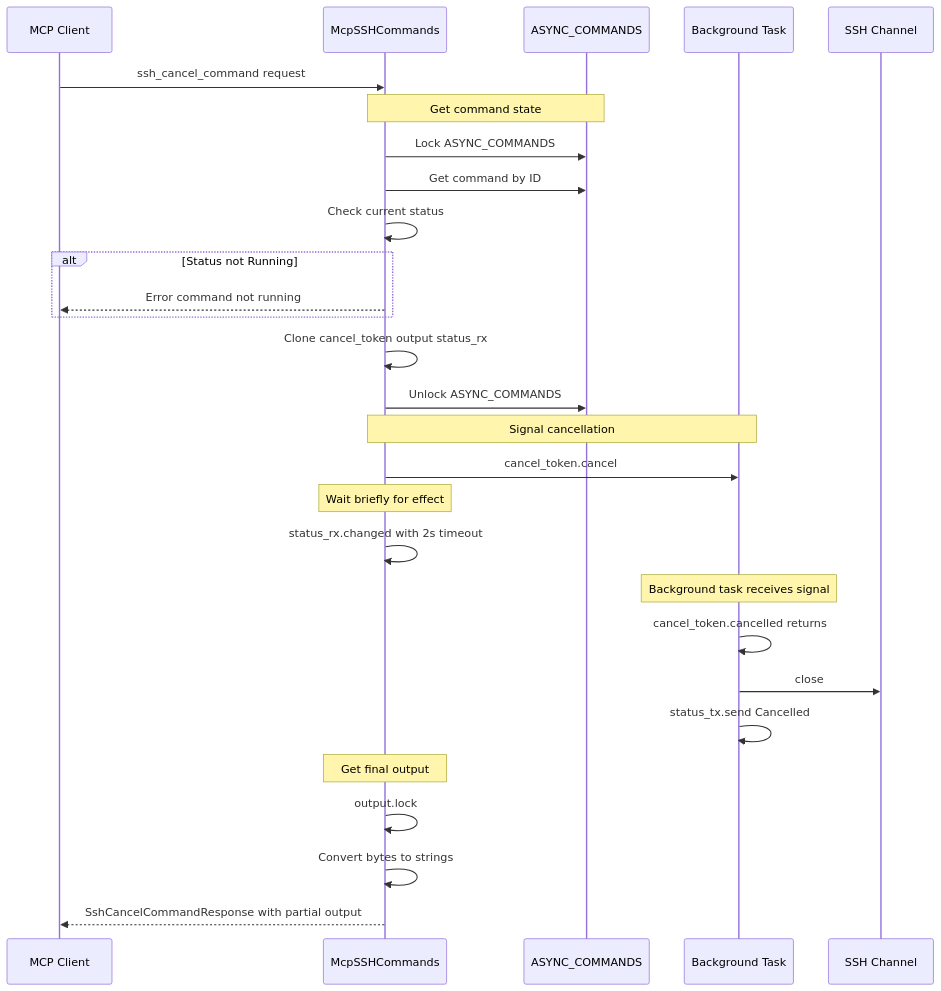
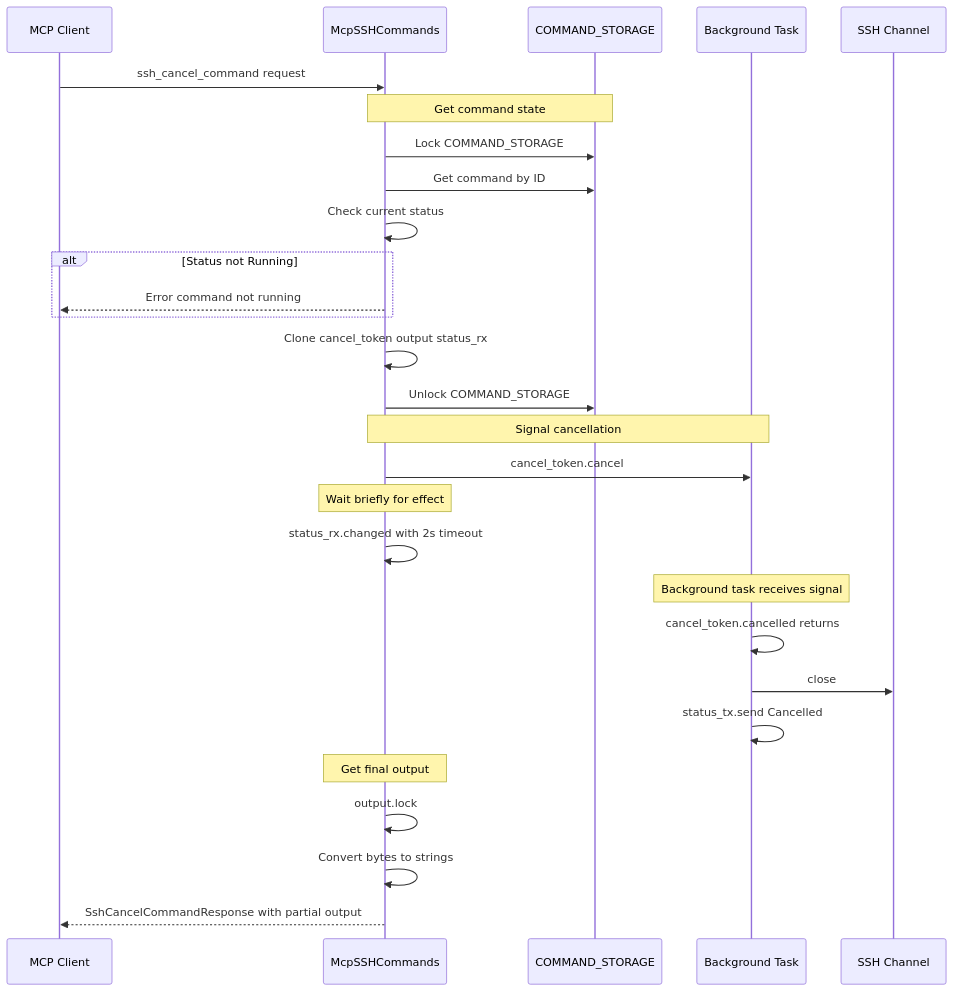
Diagram 15 of 24 in docs/FLOWS.md (farchanjo/ssh-mcp), drawn with Mermaid before and after one commit. The commit also changed other lines of this file and 2 other files, not shown here.

````diff
--- a/docs/FLOWS.md
+++ b/docs/FLOWS.md
@@ -770,39 +770,39 @@
 ```mermaid
 sequenceDiagram
     participant Client as MCP Client
     participant Cmd as McpSSHCommands
-    participant AsyncStore as ASYNC_COMMANDS
+    participant AsyncStore as COMMAND_STORAGE
     participant Task as Background Task
     participant Channel as SSH Channel
 
     Client->>Cmd: ssh_cancel_command request
 
     Note over Cmd,AsyncStore: Get command state
-    Cmd->>AsyncStore: Lock ASYNC_COMMANDS
+    Cmd->>AsyncStore: Lock COMMAND_STORAGE
     Cmd->>AsyncStore: Get command by ID
     Cmd->>Cmd: Check current status
 
     alt Status not Running
         Cmd-->>Client: Error command not running
     end
 
     Cmd->>Cmd: Clone cancel_token output status_rx
-    Cmd->>AsyncStore: Unlock ASYNC_COMMANDS
+    Cmd->>AsyncStore: Unlock COMMAND_STORAGE
 
     Note over Cmd,Task: Signal cancellation
     Cmd->>Task: cancel_token.cancel
 
     Note over Cmd: Wait briefly for effect
     Cmd->>Cmd: status_rx.changed with 2s timeout
 
     Note over Task: Background task receives signal
     Task->>Task: cancel_token.cancelled returns
     Task->>Channel: close
     Task->>Task: status_tx.send Cancelled
 
     Note over Cmd: Get final output
     Cmd->>Cmd: output.lock
     Cmd->>Cmd: Convert bytes to strings
 
     Cmd-->>Client: SshCancelCommandResponse with partial output
 ```
````
